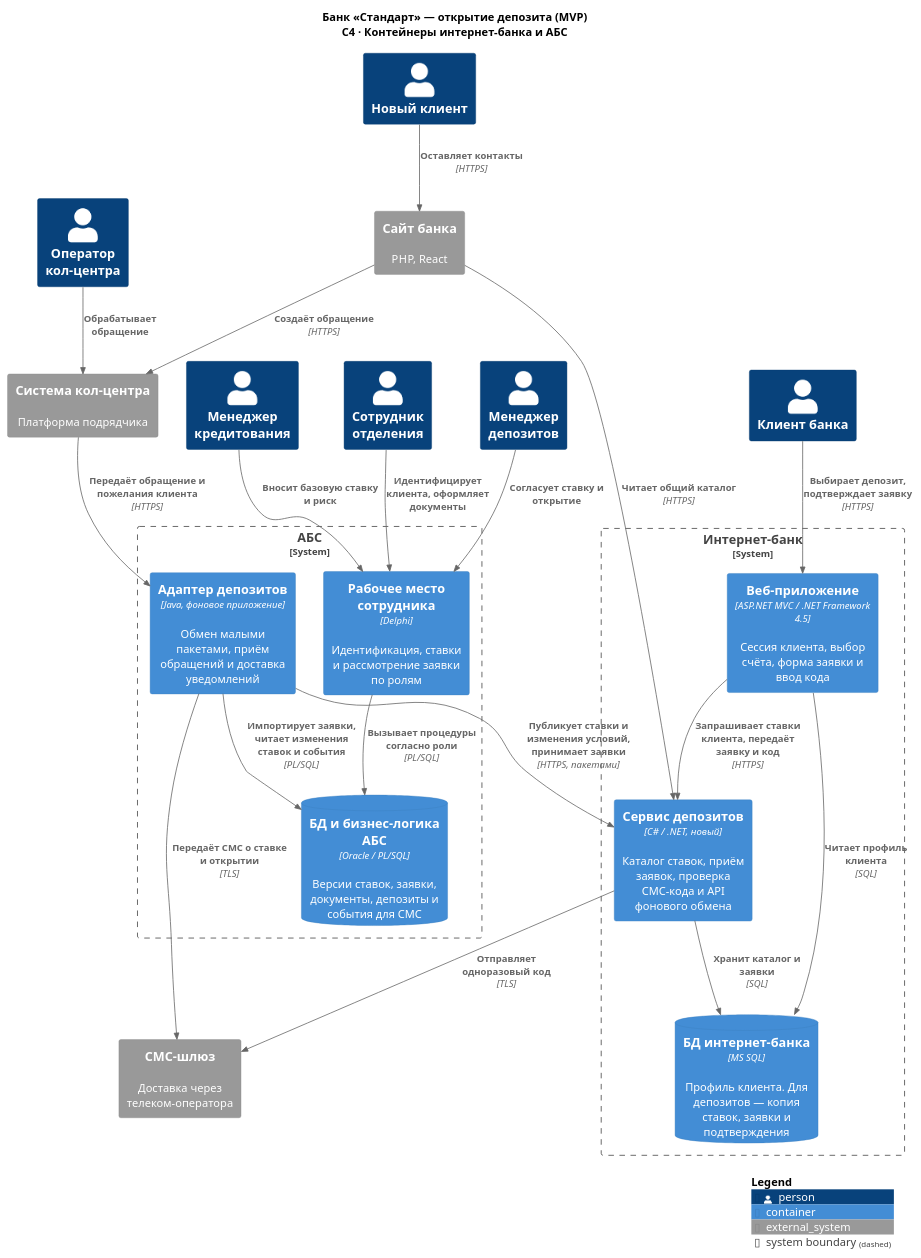
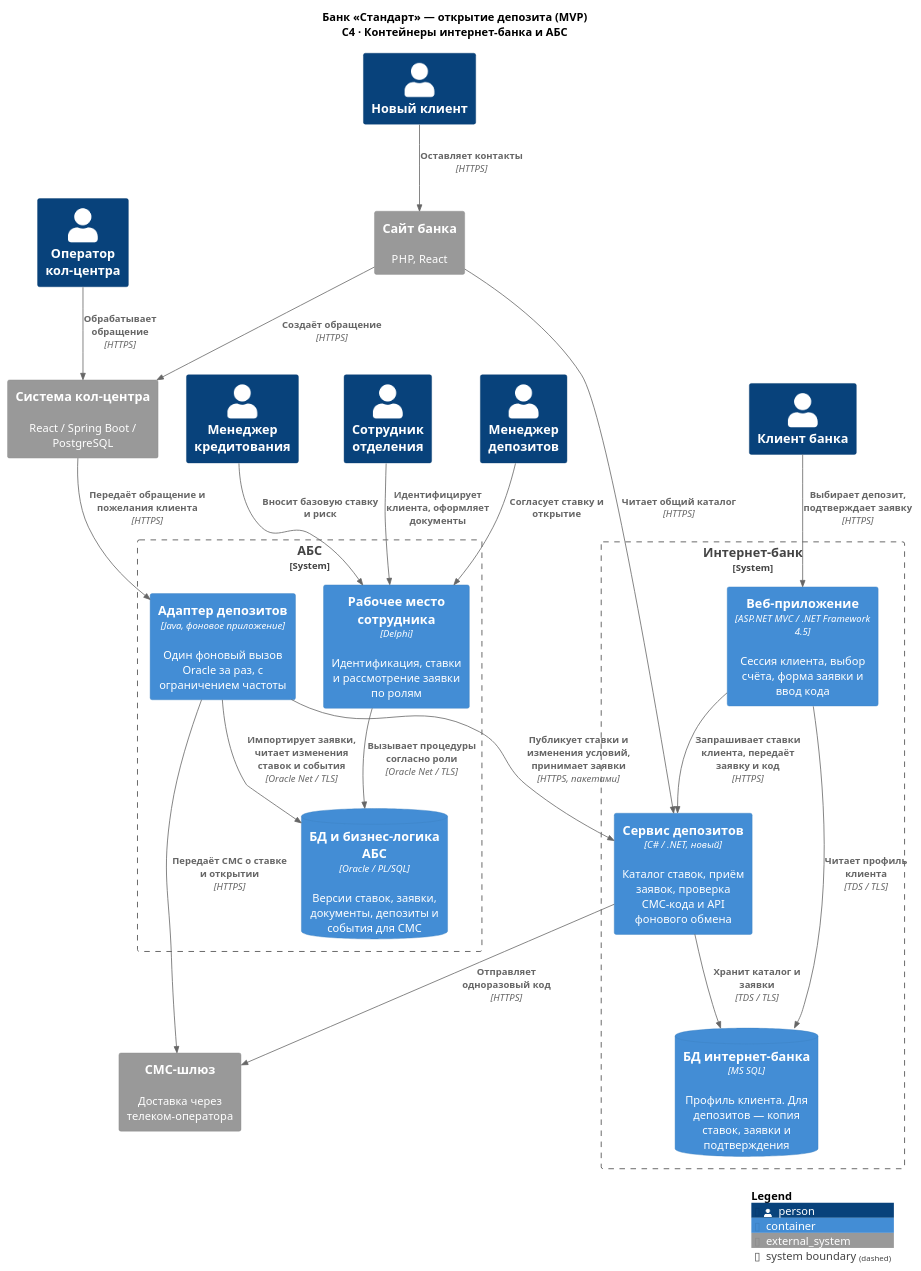
One commit to nekr0z/architecture-pro-standart changed the diagram in Task3/c4-container.puml. Above: the diagram before and after it, drawn with PlantUML. The commit also changed 7 other files, not shown here.

```diff
--- a/Task3/c4-container.puml
+++ b/Task3/c4-container.puml
@@ -1,47 +1,47 @@
 @startuml c4-container
 !include <C4/C4_Container>
 
 title Банк «Стандарт» — открытие депозита (MVP)\nC4 · Контейнеры интернет-банка и АБС
 skinparam wrapWidth 175
 
 Person(newclient, "Новый клиент")
 Person(client, "Клиент банка")
 Person(operator, "Оператор кол-центра")
 Person(front, "Сотрудник отделения")
 Person(back, "Менеджер депозитов")
 Person(risk, "Менеджер кредитования")
 System_Ext(site, "Сайт банка", "PHP, React")
-System_Ext(cc, "Система кол-центра", "Платформа подрядчика")
+System_Ext(cc, "Система кол-центра", "React / Spring Boot / PostgreSQL")
 System_Ext(sms, "СМС-шлюз", "Доставка через телеком-оператора")
 
 System_Boundary(internet, "Интернет-банк") {
     Container(web, "Веб-приложение", "ASP.NET MVC / .NET Framework 4.5", "Сессия клиента, выбор счёта, форма заявки и ввод кода")
     Container(api, "Сервис депозитов", "C# / .NET, новый", "Каталог ставок, приём заявок, проверка СМС-кода и API фонового обмена")
     ContainerDb(sql, "БД интернет-банка", "MS SQL", "Профиль клиента. Для депозитов — копия ставок, заявки и подтверждения")
 }
 System_Boundary(core, "АБС") {
     Container(desktop, "Рабочее место сотрудника", "Delphi", "Идентификация, ставки и рассмотрение заявки по ролям")
     ContainerDb(oracle, "БД и бизнес-логика АБС", "Oracle / PL/SQL", "Версии ставок, заявки, документы, депозиты и события для СМС")
-    Container(worker, "Адаптер депозитов", "Java, фоновое приложение", "Обмен малыми пакетами, приём обращений и доставка уведомлений")
+    Container(worker, "Адаптер депозитов", "Java, фоновое приложение", "Один фоновый вызов Oracle за раз, с ограничением частоты")
 }
 
 Rel(newclient, site, "Оставляет контакты", "HTTPS")
-Rel(operator, cc, "Обрабатывает обращение")
+Rel(operator, cc, "Обрабатывает обращение", "HTTPS")
 Rel(site, cc, "Создаёт обращение", "HTTPS")
 Rel(cc, worker, "Передаёт обращение и пожелания клиента", "HTTPS")
 Rel(site, api, "Читает общий каталог", "HTTPS")
 Rel(client, web, "Выбирает депозит, подтверждает заявку", "HTTPS")
-Rel(web, sql, "Читает профиль клиента", "SQL")
+Rel(web, sql, "Читает профиль клиента", "TDS / TLS")
 Rel(web, api, "Запрашивает ставки клиента, передаёт заявку и код", "HTTPS")
-Rel(api, sql, "Хранит каталог и заявки", "SQL")
-Rel(api, sms, "Отправляет одноразовый код", "TLS")
+Rel(api, sql, "Хранит каталог и заявки", "TDS / TLS")
+Rel(api, sms, "Отправляет одноразовый код", "HTTPS")
 Rel(worker, api, "Публикует ставки и изменения условий, принимает заявки", "HTTPS, пакетами")
-Rel(worker, oracle, "Импортирует заявки, читает изменения ставок и события", "PL/SQL")
-Rel(worker, sms, "Передаёт СМС о ставке и открытии", "TLS")
+Rel(worker, oracle, "Импортирует заявки, читает изменения ставок и события", "Oracle Net / TLS")
+Rel(worker, sms, "Передаёт СМС о ставке и открытии", "HTTPS")
 Rel(front, desktop, "Идентифицирует клиента, оформляет документы")
 Rel(back, desktop, "Согласует ставку и открытие")
 Rel(risk, desktop, "Вносит базовую ставку и риск")
-Rel(desktop, oracle, "Вызывает процедуры согласно роли", "PL/SQL")
+Rel(desktop, oracle, "Вызывает процедуры согласно роли", "Oracle Net / TLS")
 
 SHOW_LEGEND()
 @enduml
```
